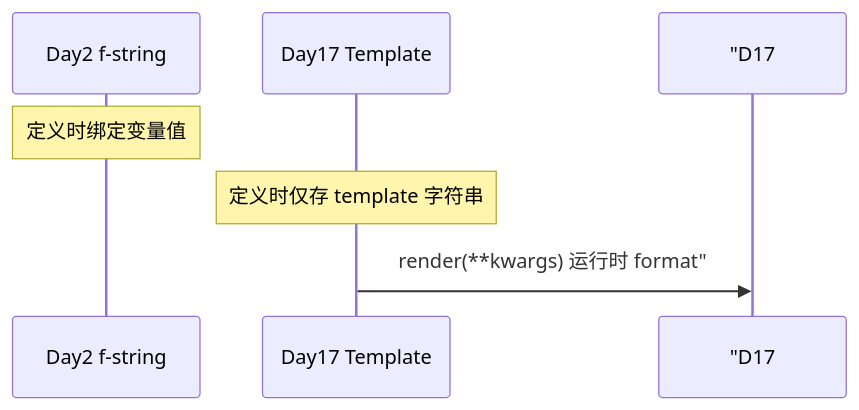
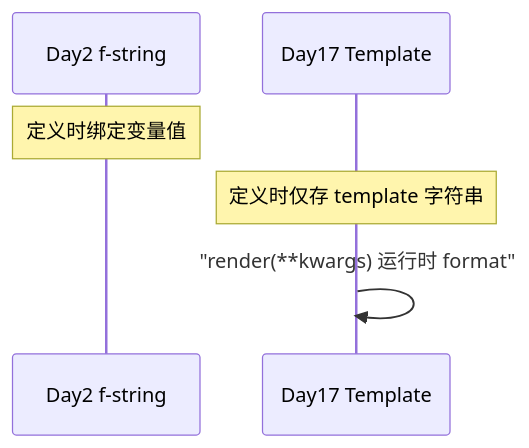
One commit to ab6539763/70_days_course_plus changed the first of 2 diagrams in course/day17/18_与Day2_fstring对照表.md. Above: the diagram before and after it, drawn with Mermaid. The commit also changed 80 other files, not shown here.

First line of the commit message:
fix(course): 修复 Mermaid 图表渲染报错 + 同步嵌入代码快照

````diff
--- a/course/day17/18_与Day2_fstring对照表.md
+++ b/course/day17/18_与Day2_fstring对照表.md
@@ -53,9 +53,9 @@
 ```mermaid
 sequenceDiagram
     participant D2 as Day2 f-string
     participant D17 as Day17 Template
 
     Note over D2: 定义时绑定变量值
     Note over D17: 定义时仅存 template 字符串
-    D17->> "D17: render(**kwargs) 运行时 format"
+    D17->>D17: "render(**kwargs) 运行时 format"
 ```
````
